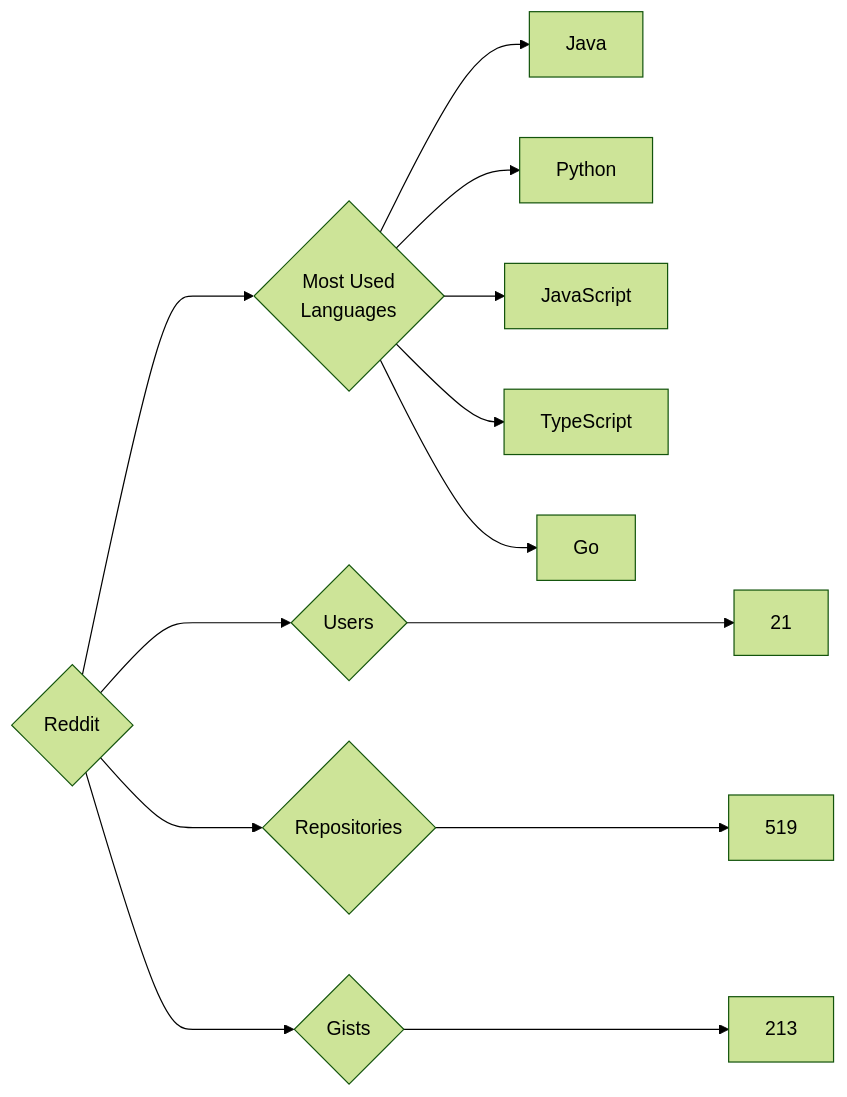
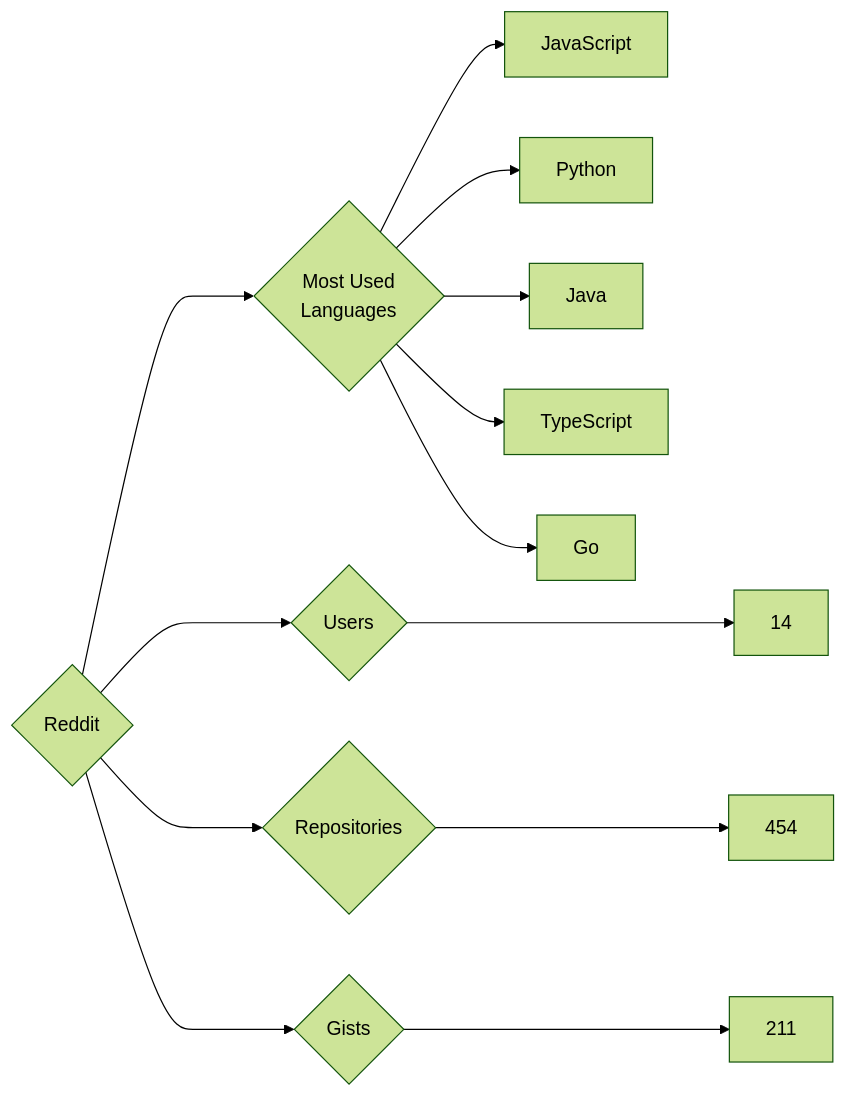
Before and after one commit to trickest/insiders: the diagram in targets/Reddit/README.md, drawn with Mermaid (forest theme). The commit also changed 870 other files, not shown here.

````diff
--- a/targets/Reddit/README.md
+++ b/targets/Reddit/README.md
@@ -3,13 +3,13 @@
 ```mermaid
 graph LR
 COMPANY_NAME{Reddit}
-COMPANY_NAME ---> U{Users} ---> UN[21]
-COMPANY_NAME ---> R{Repositories} ---> RN[519]
-COMPANY_NAME ---> G{Gists} ---> GN[213]
+COMPANY_NAME ---> U{Users} ---> UN[14]
+COMPANY_NAME ---> R{Repositories} ---> RN[454]
+COMPANY_NAME ---> G{Gists} ---> GN[211]
 COMPANY_NAME ---> ML{Most Used<br>Languages}
+ML --> JavaScript[JavaScript]
+ML --> Python[Python]
 ML --> Java[Java]
-ML --> Python[Python]
-ML --> JavaScript[JavaScript]
 ML --> TypeScript[TypeScript]
 ML --> Go[Go]
 ```
````
